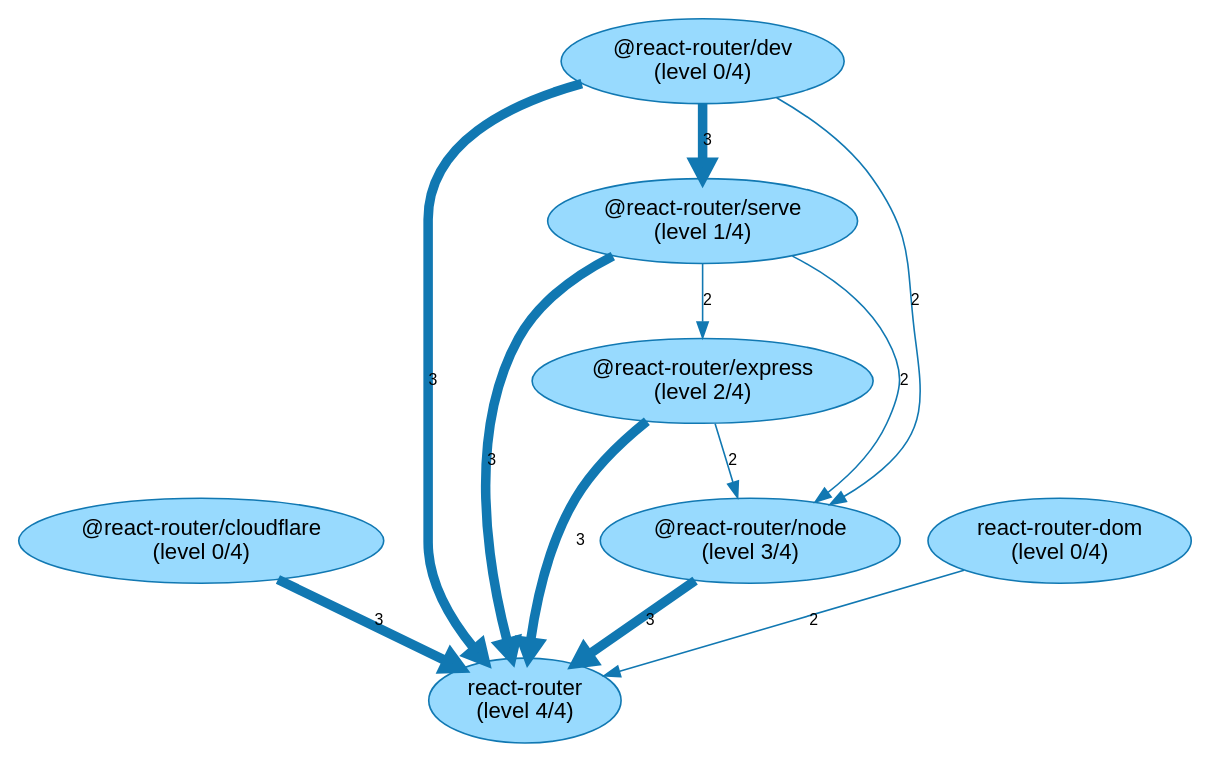
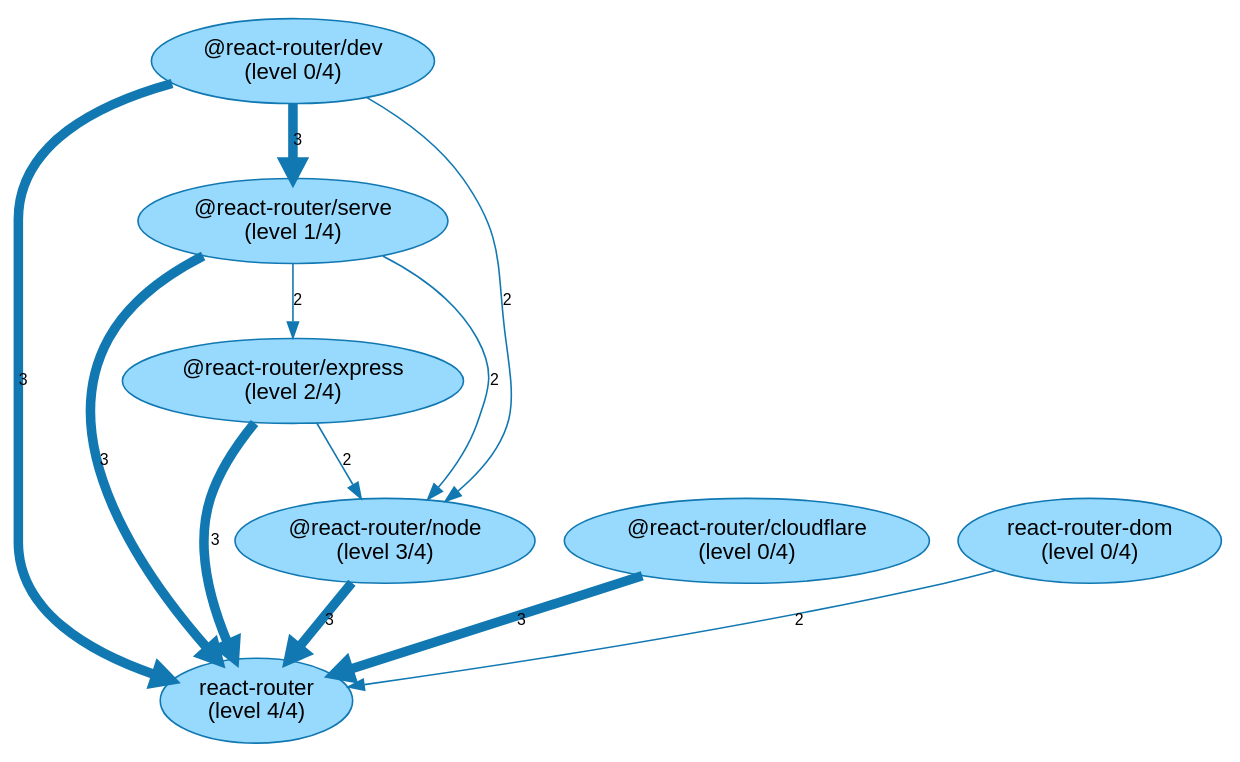
Before and after one commit to JohT/code-graph-analysis-examples: the diagram in analysis-results/react-router/latest/internal-dependencies/NPM_NonDevPackage/Graph_Visualizations/NpmPackageBuildLevels.gv, drawn with Graphviz. The commit also changed other lines of this file and 341 other files, not shown here.

```diff
--- a/analysis-results/react-router/latest/internal-dependencies/NPM_NonDevPackage/Graph_Visualizations/NpmPackageBuildLevels.gv
+++ b/analysis-results/react-router/latest/internal-dependencies/NPM_NonDevPackage/Graph_Visualizations/NpmPackageBuildLevels.gv
@@ -1,21 +1,21 @@
 // This GraphViz dot file was generated by the script convertQueryResultCsvToGraphVizDotFile.sh with default.template
 
 strict digraph NpmPackageBuildLevels {
     fontname = "Helvetica,Arial,sans-serif";
     node [fontname = "Helvetica,Arial,sans-serif";];
     edge [fontname = "Helvetica,Arial,sans-serif"; fontsize = 10;];
     node [style = filled; fillcolor = "0.560 0.400 0.999";];
     node [color = "0.560 0.900 0.700";];
     edge [color = "0.560 0.900 0.700";];
-	"@react-router/cloudflare\n(level 0/4)" -> "react-router\n(level 4/4)" [label = 3; penwidth = 6.0; ];
 	"@react-router/dev\n(level 0/4)" -> "react-router\n(level 4/4)" [label = 3; penwidth = 6.0; ];
 	"@react-router/node\n(level 3/4)" -> "react-router\n(level 4/4)" [label = 3; penwidth = 6.0; ];
 	"@react-router/express\n(level 2/4)" -> "react-router\n(level 4/4)" [label = 3; penwidth = 6.0; ];
 	"@react-router/serve\n(level 1/4)" -> "react-router\n(level 4/4)" [label = 3; penwidth = 6.0; ];
+	"@react-router/cloudflare\n(level 0/4)" -> "react-router\n(level 4/4)" [label = 3; penwidth = 6.0; ];
 	"@react-router/dev\n(level 0/4)" -> "@react-router/serve\n(level 1/4)" [label = 3; penwidth = 6.0; ];
 	"react-router-dom\n(level 0/4)" -> "react-router\n(level 4/4)" [label = 2; penwidth = 1.0; ];
-	"@react-router/dev\n(level 0/4)" -> "@react-router/node\n(level 3/4)" [label = 2; penwidth = 1.0; ];
 	"@react-router/express\n(level 2/4)" -> "@react-router/node\n(level 3/4)" [label = 2; penwidth = 1.0; ];
 	"@react-router/serve\n(level 1/4)" -> "@react-router/node\n(level 3/4)" [label = 2; penwidth = 1.0; ];
+	"@react-router/dev\n(level 0/4)" -> "@react-router/node\n(level 3/4)" [label = 2; penwidth = 1.0; ];
 	"@react-router/serve\n(level 1/4)" -> "@react-router/express\n(level 2/4)" [label = 2; penwidth = 1.0; ];
 }
```
